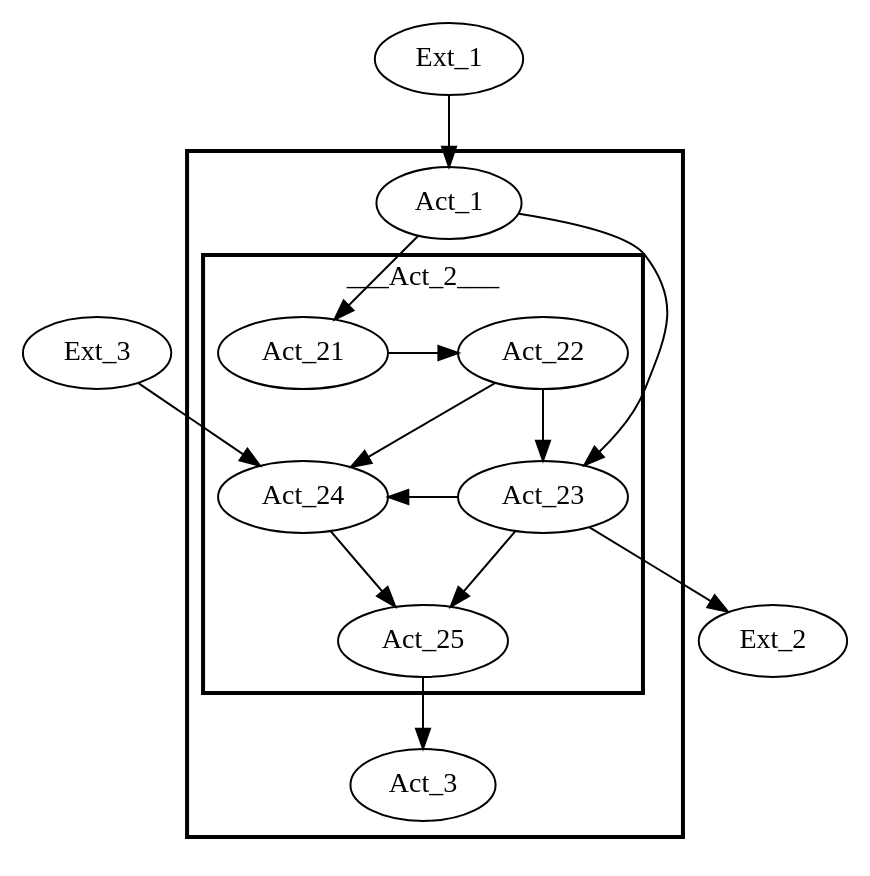
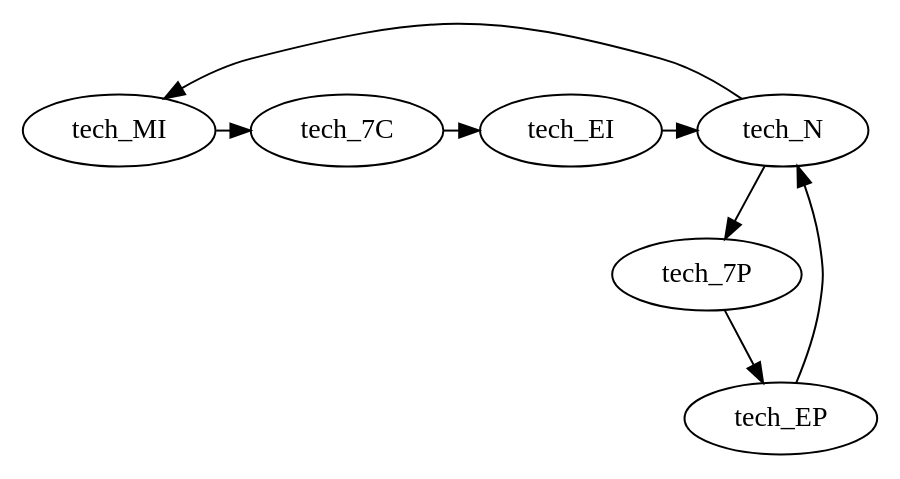
Before and after one commit to jts-bio/techn-i-cal: the diagram in .manage/try.gv, drawn with Graphviz. The commit also changed 22 other files, not shown here.

```diff
--- a/.manage/try.gv
+++ b/.manage/try.gv
@@ -1,20 +1,16 @@
+
+
 digraph G {
 	style=bold;
-	subgraph cluster_outer {
-		Act_1 -> Act_21;
-		Act_1 -> Act_23;
-		Act_25 -> Act_3;
-		subgraph cluster_inner {
-			label = "___Act_2___";
-			{Act_21 -> Act_22 [minlen=2]; rank=same;}
-			Act_22 -> Act_23;
-			Act_22 -> Act_24;
-			{Act_23 -> Act_24 [minlen=2]; rank=same;}
-			Act_23 -> Act_25;
-			Act_24 -> Act_25;
-		}
+	subgraph iv_room {
+		tech_MI -> tech_7C rank=same;
+		tech_7C -> tech_EI rank=same;
+		tech_EI -> tech_N;
+		tech_N -> tech_MI;
 	}
-	Ext_1 -> Act_1;
-	Act_23 -> Ext_2;
-	Ext_3 -> Act_24;
+	subgraph p_desk {
+		tech_7P -> tech_EP;
+		tech_EP -> tech_N;
+		tech_N -> tech_7P;
+	}
 }
```
